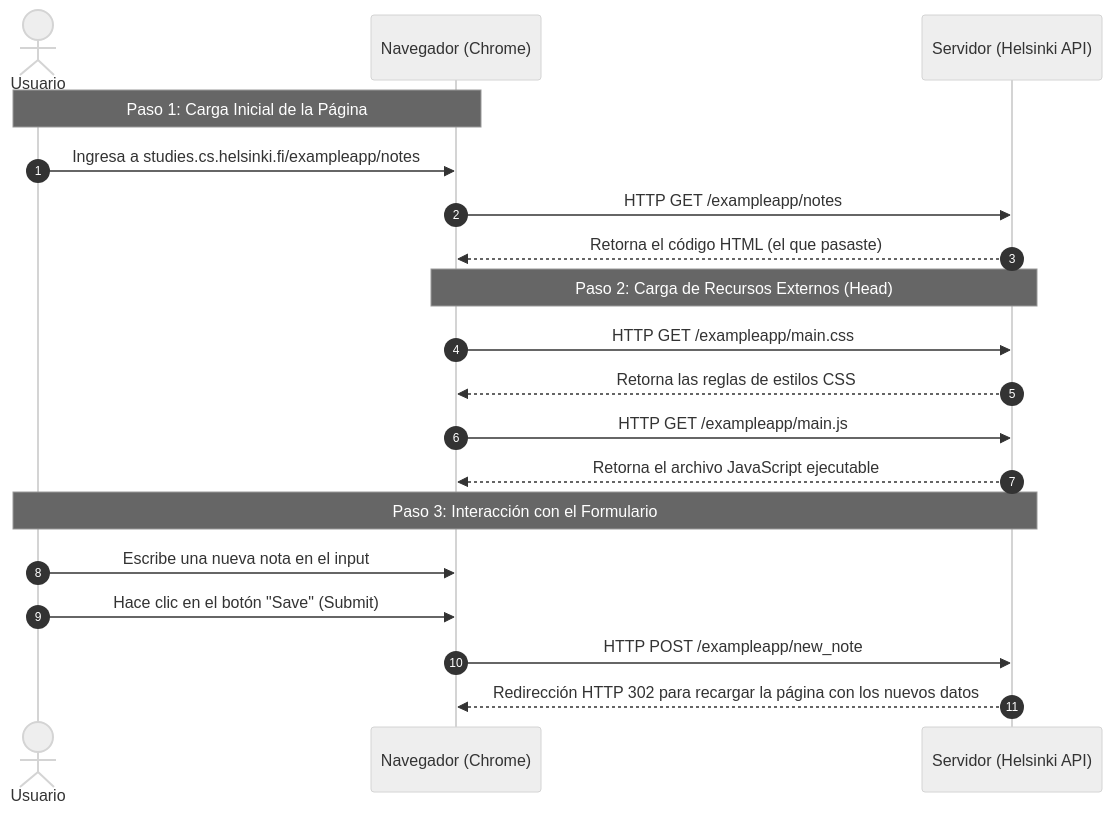
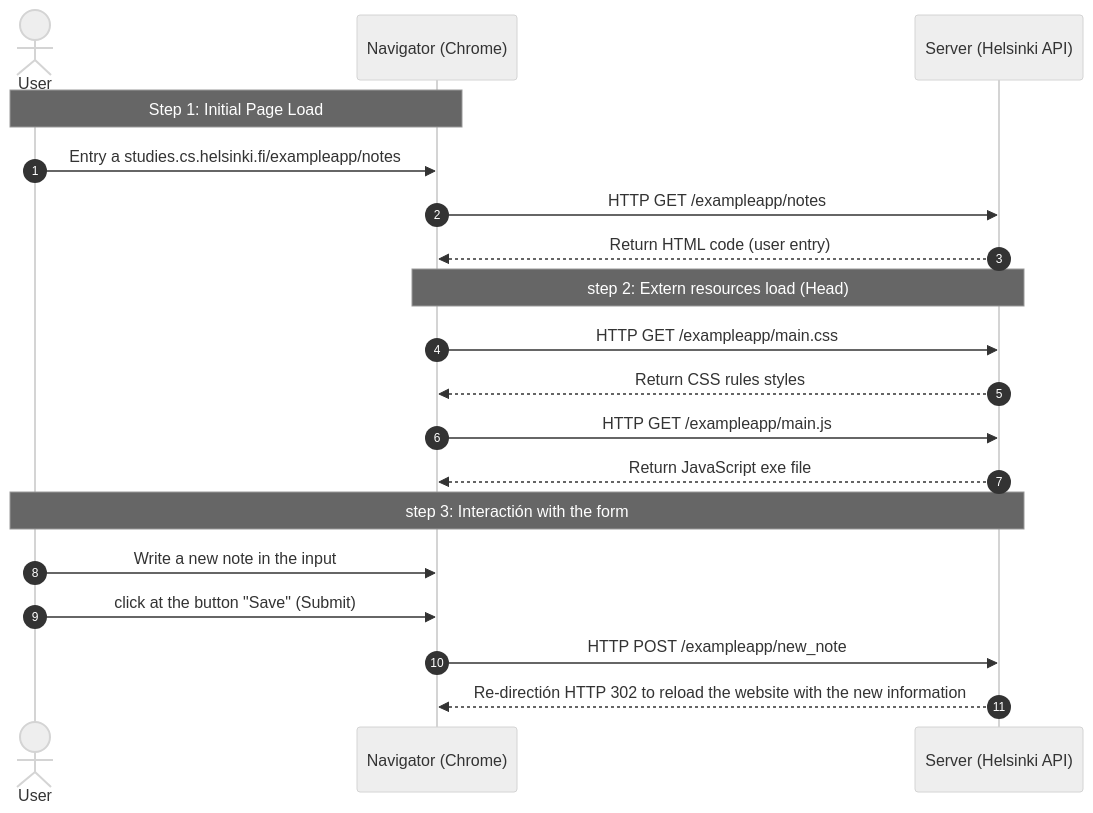
Before and after one commit to jogabeca-cpu/0.4-New-note-diagram: the diagram in 04.md, drawn with Mermaid (neutral theme).

Commit message:
Translate sequence diagram from to English

````diff
--- a/04.md
+++ b/04.md
@@ -1,24 +1,24 @@
 ```mermaid
 sequenceDiagram
     autonumber
-    actor Usuario
-    participant Navegador as Navegador (Chrome)
-    participant Servidor as Servidor (Helsinki API)
+    actor User
+    participant Navigator as Navigator (Chrome)
+    participant Server as Server (Helsinki API)
 
-    Note over Usuario,Navegador: Paso 1: Carga Inicial de la Página
-    Usuario->>Navegador: Ingresa a studies.cs.helsinki.fi/exampleapp/notes
-    Navegador->>Servidor: HTTP GET /exampleapp/notes
-    Servidor-->>Navegador: Retorna el código HTML (el que pasaste)
+    Note over User,Navigator: Step 1: Initial Page Load
+    User->>Navigator: Entry a studies.cs.helsinki.fi/exampleapp/notes
+    Navigator->>Server: HTTP GET /exampleapp/notes
+    Server-->>Navigator: Return HTML code (user entry)
     
-    Note over Navegador,Servidor: Paso 2: Carga de Recursos Externos (Head)
-    Navegador->>Servidor: HTTP GET /exampleapp/main.css
-    Servidor-->>Navegador: Retorna las reglas de estilos CSS
-    Navegador->>Servidor: HTTP GET /exampleapp/main.js
-    Servidor-->>Navegador: Retorna el archivo JavaScript ejecutable
+    Note over Navigator,Server: step 2: Extern resources load (Head)
+    Navigator->>Server: HTTP GET /exampleapp/main.css
+    Server-->>Navigator: Return CSS rules styles
+    Navigator->>Server: HTTP GET /exampleapp/main.js
+    Server-->>Navigator: Return JavaScript exe file
 
-    Note over Usuario,Servidor: Paso 3: Interacción con el Formulario
-    Usuario->>Navegador: Escribe una nueva nota en el input
-    Usuario->>Navegador: Hace clic en el botón "Save" (Submit)
-    Navegador->>Servidor: HTTP POST /exampleapp/new_note
-    Servidor-->>Navegador: Redirección HTTP 302 para recargar la página con los nuevos datos
+    Note over User,Server: step 3: Interactión with the form
+    User->>Navigator: Write a new note in the input
+    User->>Navigator: click at the button "Save" (Submit)
+    Navigator->>Server: HTTP POST /exampleapp/new_note
+    Server-->>Navigator: Re-directión HTTP 302 to reload the website with the new information
 ```
````
